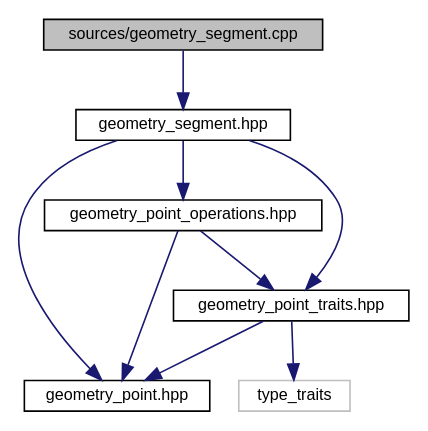
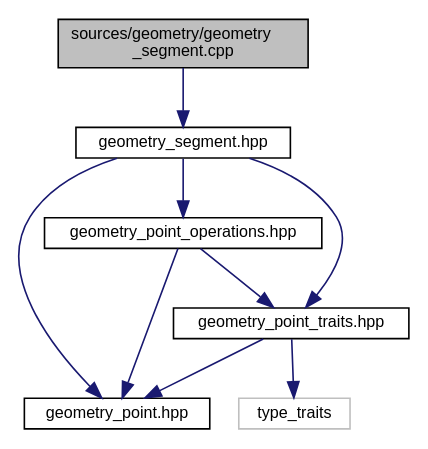
One commit to eliogovea/dev-env-cpp changed the diagram in geometry/documentation/geometry__segment_8cpp__incl.dot. Above: the diagram before and after it, drawn with Graphviz. The commit also changed 273 other files, not shown here.

```diff
--- a/geometry/documentation/geometry__segment_8cpp__incl.dot
+++ b/geometry/documentation/geometry__segment_8cpp__incl.dot
@@ -1,20 +1,20 @@
-digraph "sources/geometry_segment.cpp"
+digraph "sources/geometry/geometry_segment.cpp"
 {
  // LATEX_PDF_SIZE
   edge [fontname="Helvetica",fontsize="10",labelfontname="Helvetica",labelfontsize="10"];
   node [fontname="Helvetica",fontsize="10",shape=record];
-  Node1 [label="sources/geometry_segment.cpp",height=0.2,width=0.4,color="black", fillcolor="grey75", style="filled", fontcolor="black",tooltip=" "];
+  Node1 [label="sources/geometry/geometry\l_segment.cpp",height=0.2,width=0.4,color="black", fillcolor="grey75", style="filled", fontcolor="black",tooltip=" "];
   Node1 -> Node2 [color="midnightblue",fontsize="10",style="solid",fontname="Helvetica"];
   Node2 [label="geometry_segment.hpp",height=0.2,width=0.4,color="black", fillcolor="white", style="filled",URL="$geometry__segment_8hpp.html",tooltip=" "];
   Node2 -> Node3 [color="midnightblue",fontsize="10",style="solid",fontname="Helvetica"];
   Node3 [label="geometry_point.hpp",height=0.2,width=0.4,color="black", fillcolor="white", style="filled",URL="$geometry__point_8hpp.html",tooltip=" "];
   Node2 -> Node4 [color="midnightblue",fontsize="10",style="solid",fontname="Helvetica"];
   Node4 [label="geometry_point_operations.hpp",height=0.2,width=0.4,color="black", fillcolor="white", style="filled",URL="$geometry__point__operations_8hpp.html",tooltip=" "];
   Node4 -> Node3 [color="midnightblue",fontsize="10",style="solid",fontname="Helvetica"];
   Node4 -> Node5 [color="midnightblue",fontsize="10",style="solid",fontname="Helvetica"];
   Node5 [label="geometry_point_traits.hpp",height=0.2,width=0.4,color="black", fillcolor="white", style="filled",URL="$geometry__point__traits_8hpp.html",tooltip=" "];
   Node5 -> Node6 [color="midnightblue",fontsize="10",style="solid",fontname="Helvetica"];
   Node6 [label="type_traits",height=0.2,width=0.4,color="grey75", fillcolor="white", style="filled",tooltip=" "];
   Node5 -> Node3 [color="midnightblue",fontsize="10",style="solid",fontname="Helvetica"];
   Node2 -> Node5 [color="midnightblue",fontsize="10",style="solid",fontname="Helvetica"];
 }
```
